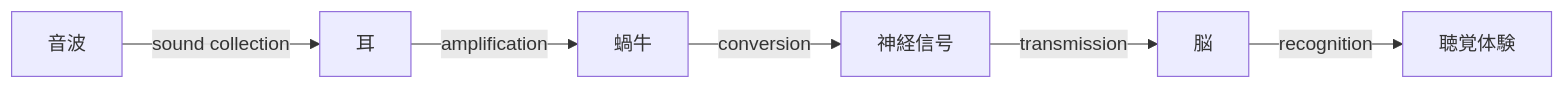
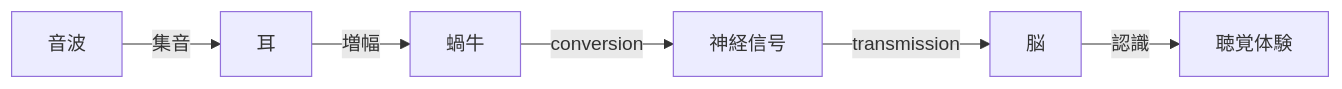
The second of 2 diagrams in en/_posts/2025-10-13-Column-Hearing-Health.md (monumental-movement/monumental-movement.github.io), drawn with Mermaid before and after one commit. The commit also changed other lines of this file and 2196 other files, not shown here.

```diff
--- a/en/_posts/2025-10-13-Column-Hearing-Health.md
+++ b/en/_posts/2025-10-13-Column-Hearing-Health.md
@@ -119,10 +118,10 @@
 <div class="mermaid">
 
 flowchart LR
-  音波 -->|sound collection| 耳
-  耳 -->|amplification| 蝸牛
+  音波 -->|集音| 耳
+  耳 -->|増幅| 蝸牛
   蝸牛 -->|conversion| 神経信号
   神経信号 -->|transmission| 脳
-  脳 -->|recognition| 聴覚体験
+  脳 -->|認識| 聴覚体験
 
 </div>
```
